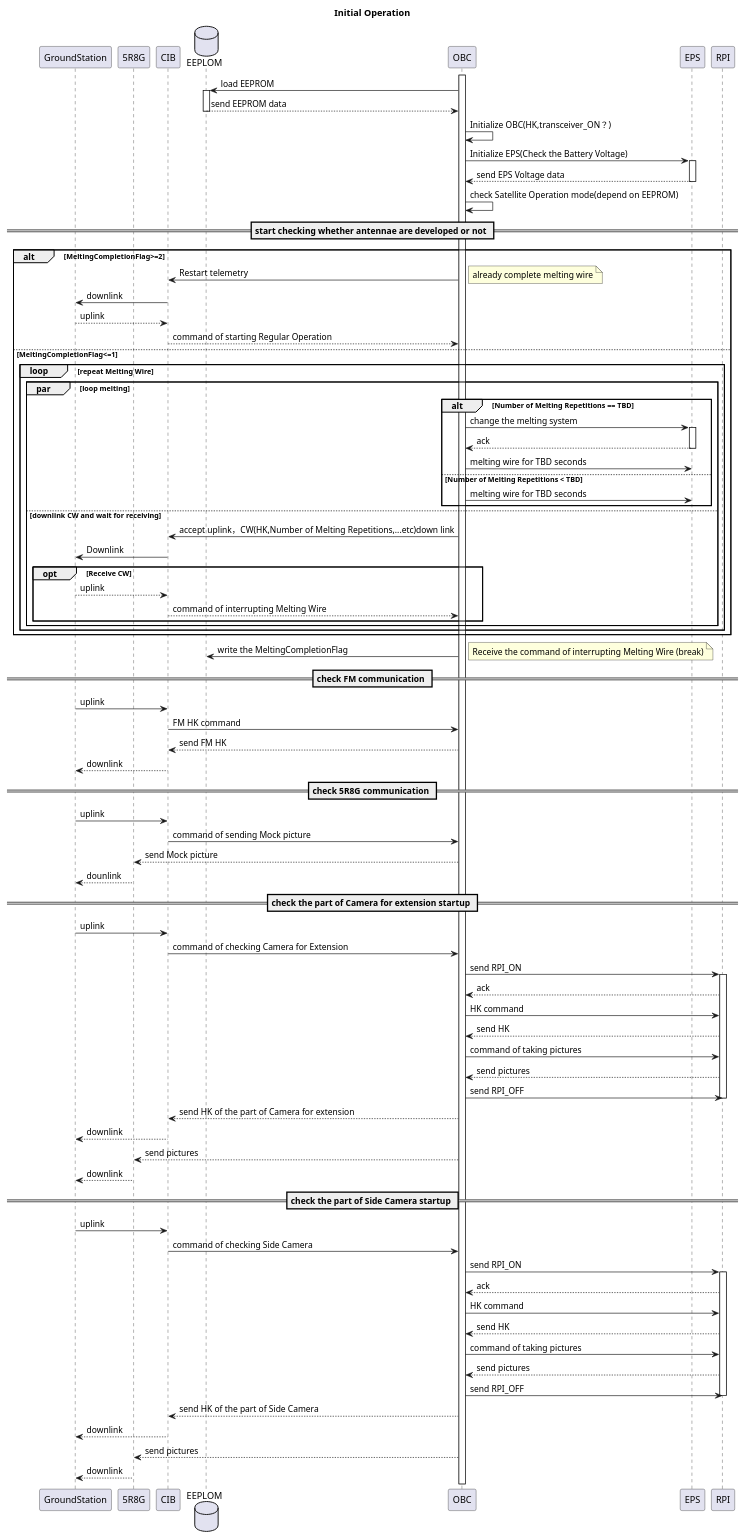
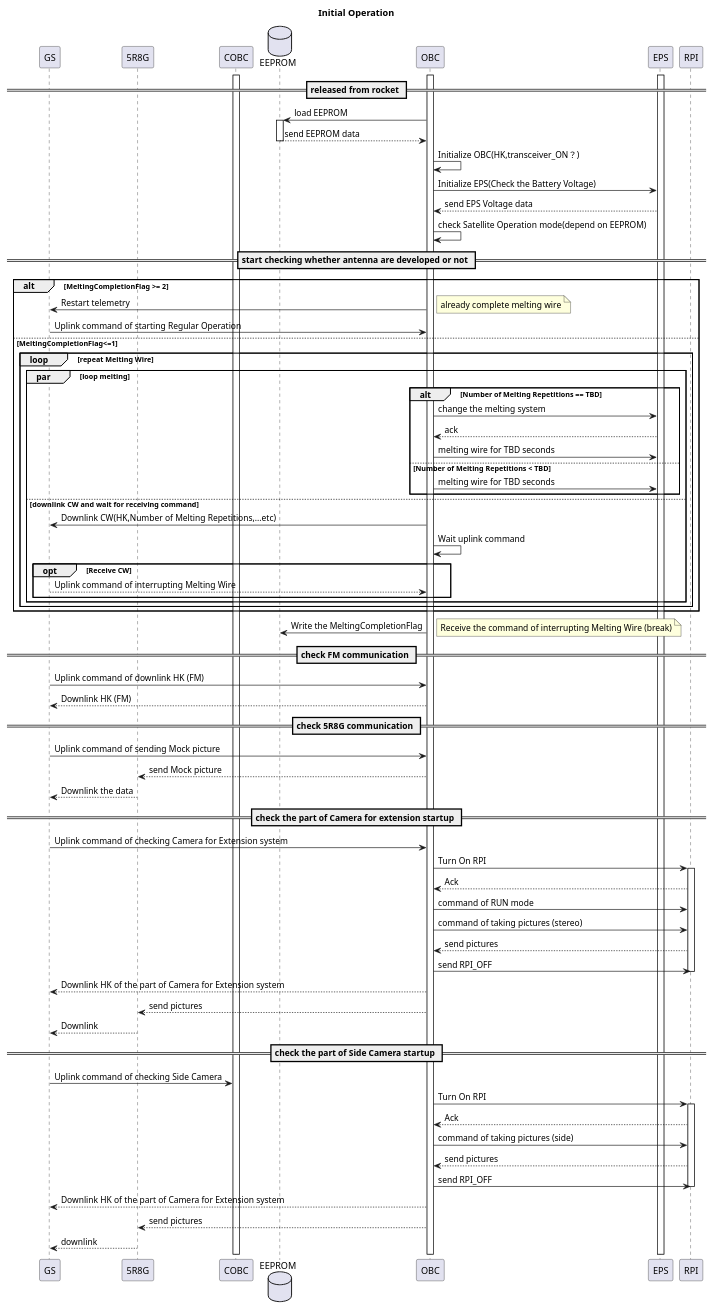
The diagram in sequence_map/plactice.pu (OrigamiSat1Project/Operation_UML), drawn with PlantUML before and after one commit. The commit also changed 2 other files, not shown here.

Commit message:
Update initial operation

```diff
--- a/sequence_map/plactice.pu
+++ b/sequence_map/plactice.pu
@@ -1,112 +1,96 @@
 @startuml
 title Initial Operation
-participant GroundStation
+participant GS
 participant 5R8G
-participant CIB
-database EEPLOM
+participant COBC
+database EEPROM
 participant OBC
 participant EPS
 participant RPI
 
+== released from rocket ==
+activate OBC
+activate COBC
+activate EPS
 
-activate OBC
-
-OBC -> EEPLOM: load EEPROM
-activate EEPLOM
-EEPLOM --> OBC: send EEPROM data
-deactivate EEPLOM
+OBC -> EEPROM: load EEPROM
+activate EEPROM
+EEPROM --> OBC: send EEPROM data
+deactivate EEPROM
 OBC -> OBC: Initialize OBC(HK,transceiver_ON？)
 OBC -> EPS: Initialize EPS(Check the Battery Voltage)
-activate EPS
 EPS --> OBC: send EPS Voltage data 
-deactivate EPS
 OBC ->OBC: check Satellite Operation mode(depend on EEPROM)
 
-== start checking whether antennae are developed or not ==
+== start checking whether antenna are developed or not ==
 
-alt MeltingCompletionFlag>=2
-OBC -> CIB: Restart telemetry
-note right: already complete melting wire
-CIB -> GroundStation: downlink
-GroundStation --> CIB: uplink
-CIB --> OBC: command of starting Regular Operation
+alt MeltingCompletionFlag >= 2
+    OBC -> GS: Restart telemetry
+    note right: already complete melting wire
+    GS -> OBC: Uplink command of starting Regular Operation
+
 else MeltingCompletionFlag<=1
-loop repeat Melting Wire
-par loop melting
-alt Number of Melting Repetitions == TBD
-OBC -> EPS: change the melting system 
-activate EPS
-'SW
-EPS --> OBC: ack 
-deactivate EPS
-OBC -> EPS: melting wire for TBD seconds
-else Number of Melting Repetitions < TBD
-OBC -> EPS: melting wire for TBD seconds
-end
-else downlink CW and wait for receiving
-OBC -> CIB: accept uplink，CW(HK,Number of Melting Repetitions,...etc)down link 
-CIB -> GroundStation: Downlink
-opt Receive CW
-GroundStation --> CIB: uplink
-CIB --> OBC:  command of interrupting Melting Wire
-end
-end
-end
+    loop repeat Melting Wire
+        par loop melting
+            alt Number of Melting Repetitions == TBD
+                OBC -> EPS: change the melting system 
+                EPS --> OBC: ack 
+                OBC -> EPS: melting wire for TBD seconds
+            else Number of Melting Repetitions < TBD
+                OBC -> EPS: melting wire for TBD seconds
+            end
+        else downlink CW and wait for receiving command
+            OBC -> GS: Downlink CW(HK,Number of Melting Repetitions,...etc)
+            OBC -> OBC: Wait uplink command
+            opt Receive CW
+                GS --> OBC: Uplink command of interrupting Melting Wire
+            end
+        end
+    end
 end
 
-OBC -> EEPLOM: write the MeltingCompletionFlag 
+OBC -> EEPROM: Write the MeltingCompletionFlag 
 note right: Receive the command of interrupting Melting Wire (break)
 
 == check FM communication ==
 
-GroundStation -> CIB: uplink
-CIB -> OBC : FM HK command 
-OBC --> CIB: send FM HK
-CIB --> GroundStation: downlink
-
+GS -> OBC: Uplink command of downlink HK (FM)
+OBC --> GS: Downlink HK (FM)
 == check 5R8G communication ==
 
-GroundStation -> CIB: uplink
-CIB -> OBC: command of sending Mock picture
+GS -> OBC: Uplink command of sending Mock picture
 OBC --> 5R8G: send Mock picture
-5R8G --> GroundStation: dounlink
+5R8G --> GS: Downlink the data
 
 == check the part of Camera for extension startup ==
 
-GroundStation -> CIB: uplink
-CIB -> OBC: command of checking Camera for Extension 
-OBC -> RPI: send RPI_ON
+GS -> OBC: Uplink command of checking Camera for Extension system
+OBC -> RPI: Turn On RPI
 activate RPI
-RPI --> OBC: ack 
-OBC -> RPI: HK command 
-RPI --> OBC: send HK 
-OBC -> RPI: command of taking pictures 
+RPI --> OBC: Ack 
+OBC -> RPI: command of RUN mode 
+OBC -> RPI: command of taking pictures (stereo)
 RPI --> OBC: send pictures 
 OBC -> RPI: send RPI_OFF 
 deactivate RPI
 
-OBC --> CIB: send HK of the part of Camera for extension 
-CIB --> GroundStation: downlink
+OBC --> GS: Downlink HK of the part of Camera for Extension system 
 OBC --> 5R8G: send pictures
-5R8G --> GroundStation: downlink 
+5R8G --> GS: Downlink 
 
 == check the part of Side Camera startup ==
 
-GroundStation -> CIB: uplink
-CIB -> OBC: command of checking Side Camera 
-OBC -> RPI: send RPI_ON 
+GS -> COBC: Uplink command of checking Side Camera
+OBC -> RPI: Turn On RPI 
 activate RPI
-RPI --> OBC: ack 
-OBC -> RPI: HK command 
-RPI --> OBC: send HK 
-OBC -> RPI: command of taking pictures 
+RPI --> OBC: Ack  
+OBC -> RPI: command of taking pictures (side)
 RPI --> OBC: send pictures 
 OBC -> RPI: send RPI_OFF 
 deactivate RPI
 
-OBC --> CIB: send HK of the part of Side Camera 
-CIB --> GroundStation: downlink
+OBC --> GS: Downlink HK of the part of Camera for Extension system 
 OBC --> 5R8G: send pictures
-5R8G --> GroundStation:downlink 
+5R8G --> GS:downlink 
 
 @enduml
```
